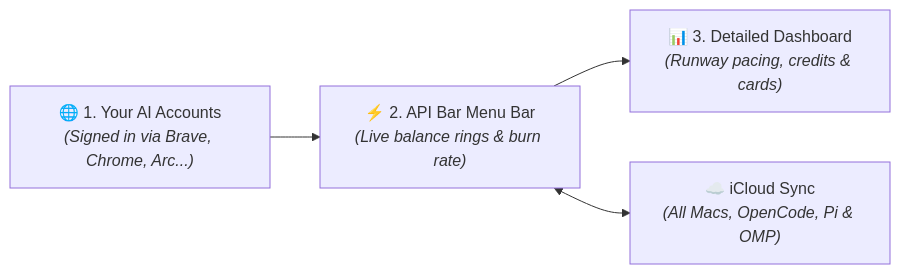
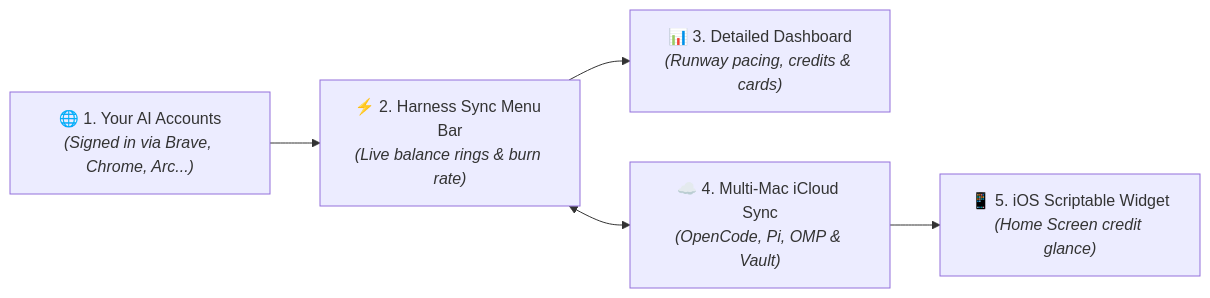
The diagram in README.md (0xCosmosly/API-Bar), drawn with Mermaid before and after one commit. The commit also changed other lines of this file and 11 other files, not shown here.

First line of the commit message:
feat: rename repo to Harness-Sync, optimize README and AGENTS.md for search and AI assistants

````diff
--- a/README.md
+++ b/README.md
@@ -103,6 +121,7 @@
 ```mermaid
 flowchart LR
-    A["🌐 1. Your AI Accounts<br/><i>(Signed in via Brave, Chrome, Arc...)</i>"] --> B["⚡️ 2. API Bar Menu Bar<br/><i>(Live balance rings & burn rate)</i>"]
+    A["🌐 1. Your AI Accounts<br/><i>(Signed in via Brave, Chrome, Arc...)</i>"] --> B["⚡️ 2. Harness Sync Menu Bar<br/><i>(Live balance rings & burn rate)</i>"]
     B --> C["📊 3. Detailed Dashboard<br/><i>(Runway pacing, credits & cards)</i>"]
-    B <--> D["☁️ iCloud Sync<br/><i>(All Macs, OpenCode, Pi & OMP)</i>"]
+    B <--> D["☁️ 4. Multi-Mac iCloud Sync<br/><i>(OpenCode, Pi, OMP & Vault)</i>"]
+    D --> E["📱 5. iOS Scriptable Widget<br/><i>(Home Screen credit glance)</i>"]
 ```
````
